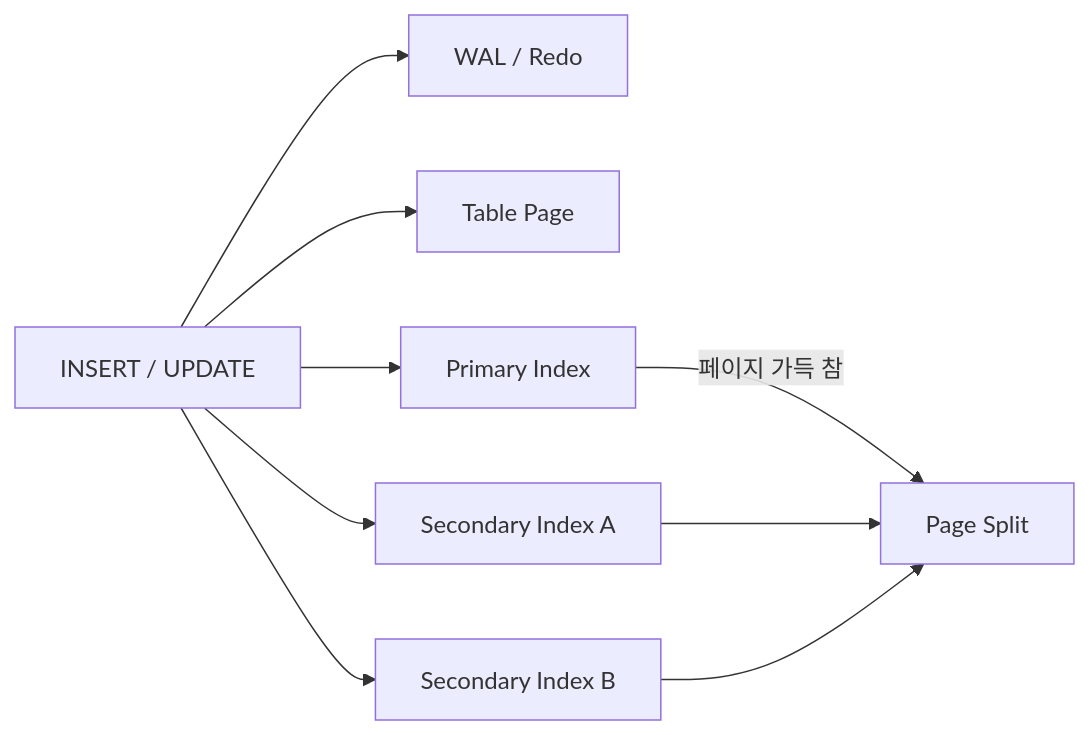
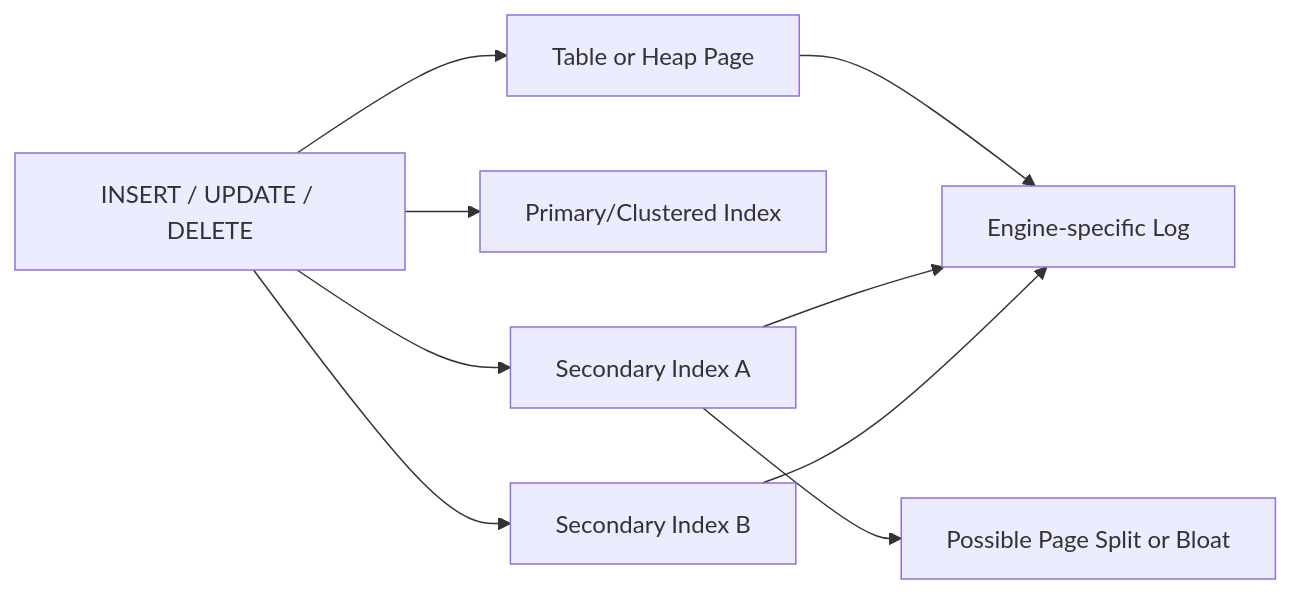
Before and after one commit to hyeongseoblim/systemdesign: the diagram in apps/api/src/main/resources/content/database-10-index-write-cost.md, drawn with Mermaid. The commit also changed other lines of this file and 96 other files, not shown here.

````diff
--- a/apps/api/src/main/resources/content/database-10-index-write-cost.md
+++ b/apps/api/src/main/resources/content/database-10-index-write-cost.md
@@ -25,11 +29,11 @@
 ```mermaid
 flowchart LR
-    SQL[INSERT / UPDATE] --> WAL[WAL / Redo]
-    SQL --> TABLE[Table Page]
-    SQL --> PK[Primary Index]
+    SQL[INSERT / UPDATE / DELETE] --> TABLE[Table or Heap Page]
+    SQL --> PK[Primary/Clustered Index]
     SQL --> I1[Secondary Index A]
     SQL --> I2[Secondary Index B]
-    PK -->|페이지 가득 참| SPLIT[Page Split]
-    I1 --> SPLIT
-    I2 --> SPLIT
+    TABLE --> LOG[Engine-specific Log]
+    I1 --> LOG
+    I2 --> LOG
+    I1 --> SPLIT[Possible Page Split or Bloat]
 ```
````
